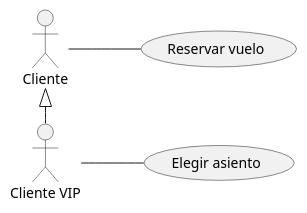
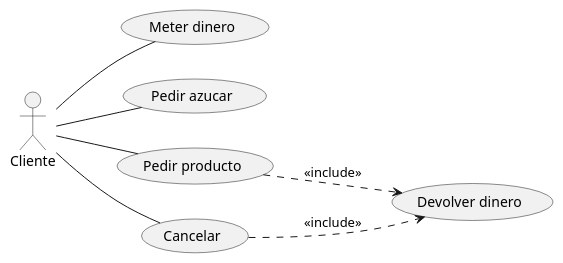
The diagram in UD12_EJ1_CND/CasosUsoEj1.puml (carniedom/EDEUD12_EJ1_CND), drawn with PlantUML before and after one commit.

Commit message:
Maquina café

```diff
--- a/UD12_EJ1_CND/CasosUsoEj1.puml
+++ b/UD12_EJ1_CND/CasosUsoEj1.puml
@@ -1,10 +1,15 @@
 @startuml
 left to right direction
 actor :Cliente:
-actor :Cliente VIP:
-usecase "Reservar vuelo" as reserva
-usecase "Elegir asiento" as asiento
-:Cliente: -- reserva
-:Cliente VIP: -- asiento
-:Cliente: <|- :Cliente VIP:
+usecase "Meter dinero" as pago
+usecase "Pedir azucar" as azucar
+usecase "Pedir producto" as pedido
+usecase "Cancelar" as cancelar
+usecase "Devolver dinero" as devolver
+:Cliente: -- pago
+:Cliente: -- azucar
+:Cliente: -- pedido
+:Cliente: -- cancelar
+pedido ..> devolver:<<include>>
+cancelar ..> devolver:<<include>>
 @enduml
```
